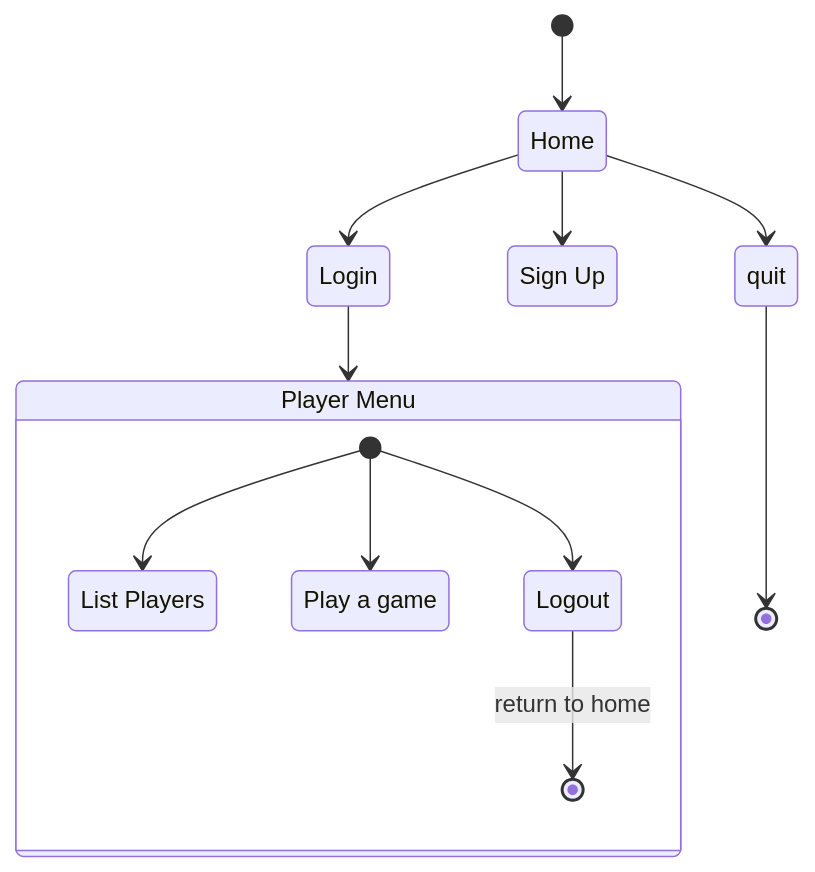
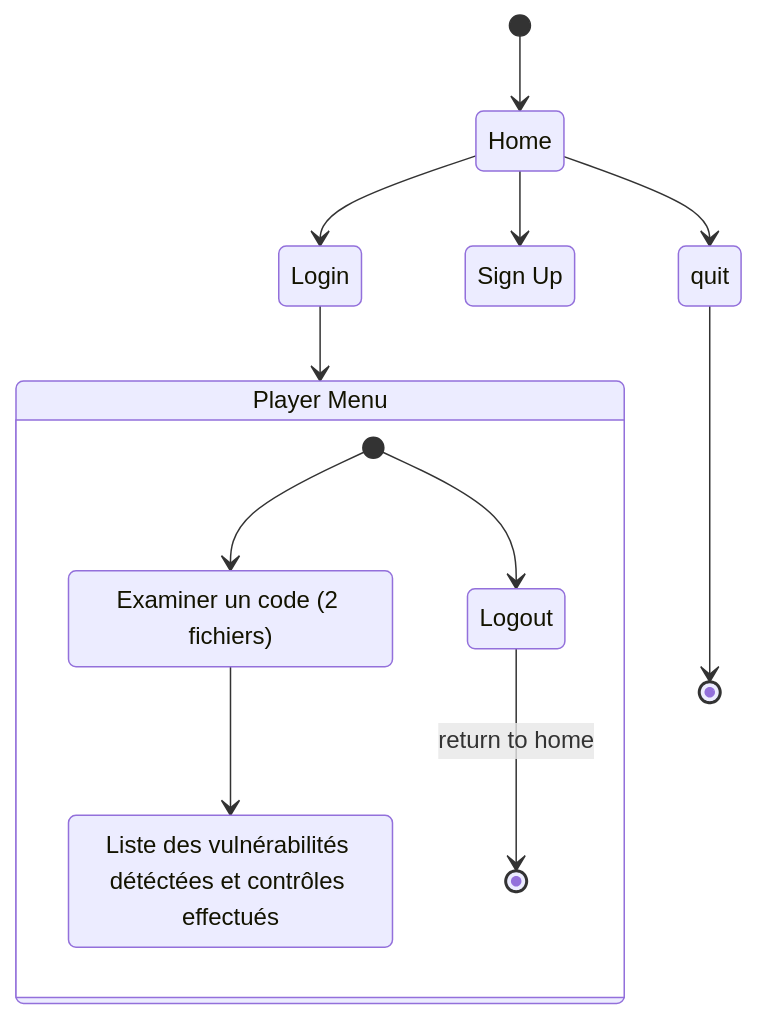
The diagram in doc/activity_diagram.md (galahade-ncl/ensai-it-project-2a-team34), drawn with Mermaid before and after one commit.

Commit message:
feat : diagramme d'activité : adaptation du diagramme d'activité au problème

````diff
--- a/doc/activity_diagram.md
+++ b/doc/activity_diagram.md
@@ -19,26 +19,26 @@
 ```mermaid
 stateDiagram
     login : Login
     menu_player : Player Menu
     signup : Sign Up
-    player_list : List Players
-    play_game : Play a game
+    code_check : Examiner un code (2 fichiers)
+    vulnerability_list : Liste des vulnérabilités détéctées et contrôles effectués
     logout : Logout
     
     [*] --> Home
     
     Home --> login
     login --> menu_player
     
     Home --> signup
     
     Home --> quit
     quit --> [*]
     
     state menu_player {
-    	[*] --> player_list
-    	[*] --> play_game
+    	[*] --> code_check
+        code_check --> vulnerability_list
     	[*] --> logout
         logout --> [*]: return to home
     }
 ```
````
